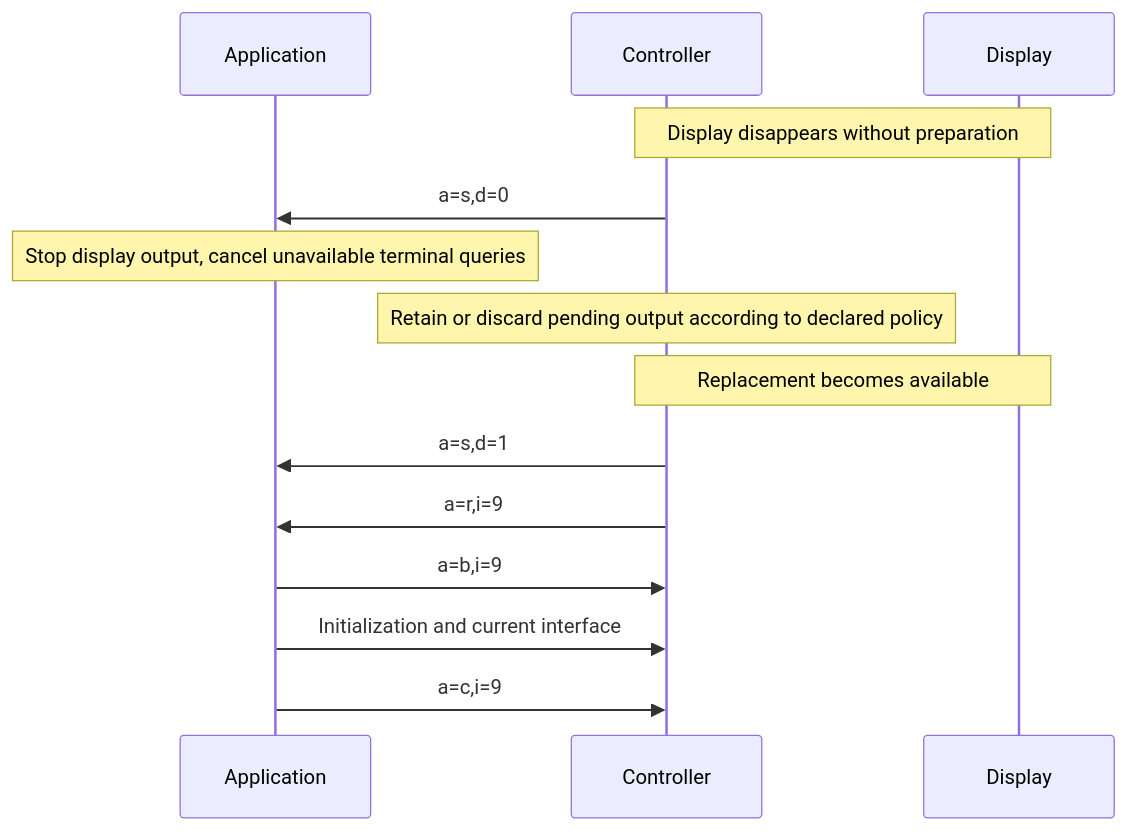
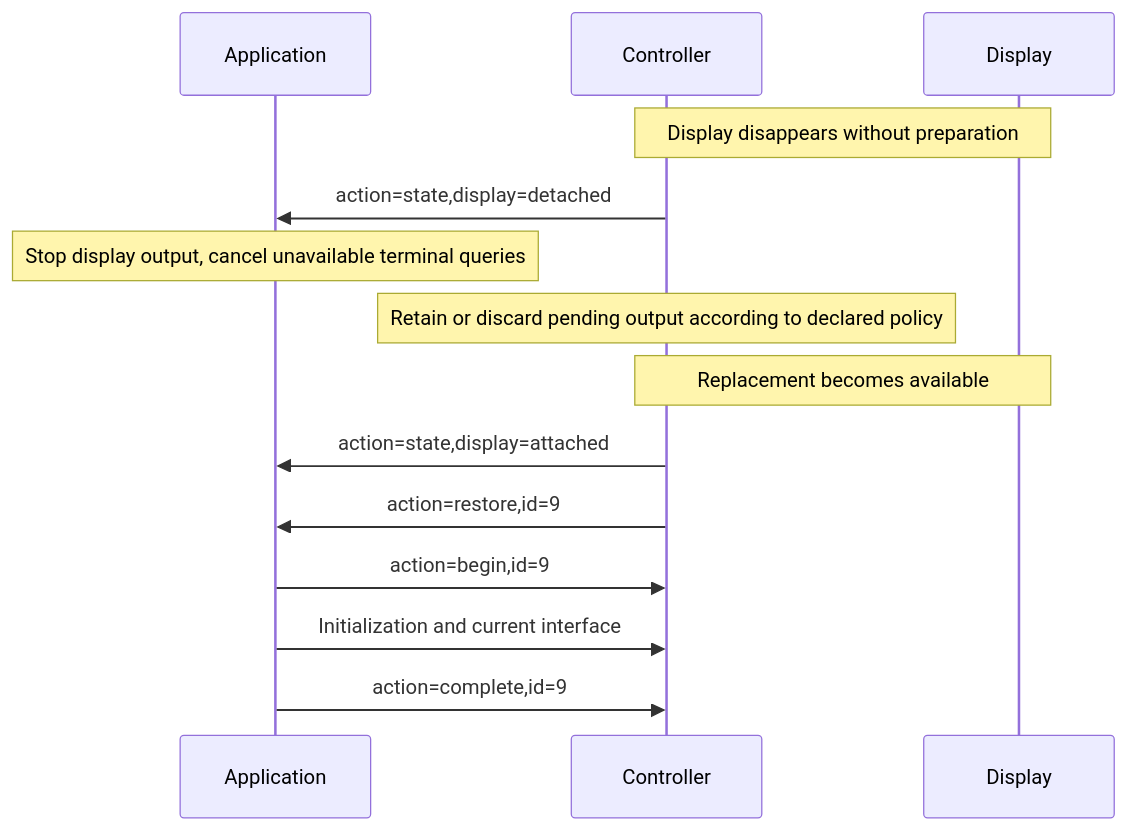
The sixth of 7 diagrams in docs/terminal-recovery-protocol-spec.md (claes/kittyplex), drawn with Mermaid before and after one commit. The commit also changed other lines of this file and 2 other files, not shown here.

Commit message:
Simplify state diagram etc

````diff
--- a/docs/terminal-recovery-protocol-spec.md
+++ b/docs/terminal-recovery-protocol-spec.md
@@ -251,16 +301,16 @@
 ```mermaid
 sequenceDiagram
     participant A as Application
     participant C as Controller
     participant D as Display
     Note over C,D: Display disappears without preparation
-    C->>A: a=s,d=0
+    C->>A: action=state,display=detached
     Note over A: Stop display output, cancel unavailable terminal queries
     Note over C: Retain or discard pending output according to declared policy
     Note over C,D: Replacement becomes available
-    C->>A: a=s,d=1
-    C->>A: a=r,i=9
-    A->>C: a=b,i=9
+    C->>A: action=state,display=attached
+    C->>A: action=restore,id=9
+    A->>C: action=begin,id=9
     A->>C: Initialization and current interface
-    A->>C: a=c,i=9
+    A->>C: action=complete,id=9
 ```
````
